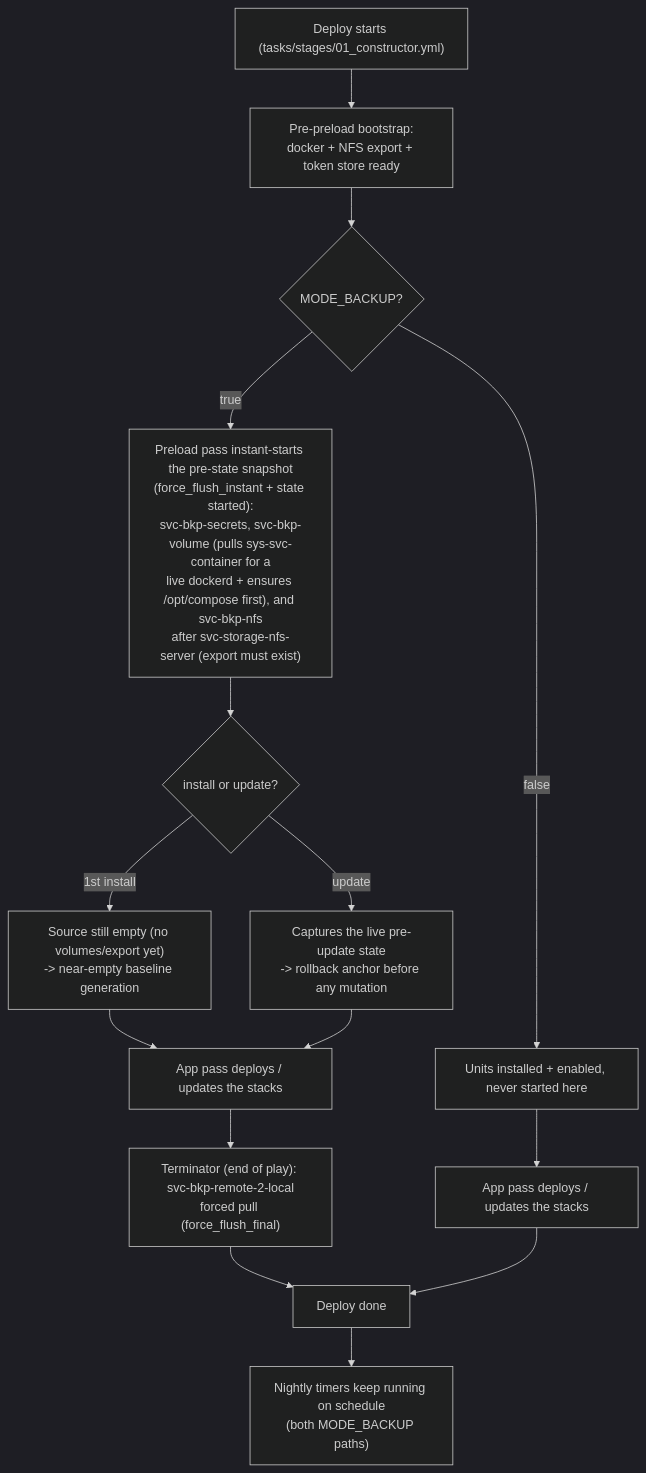
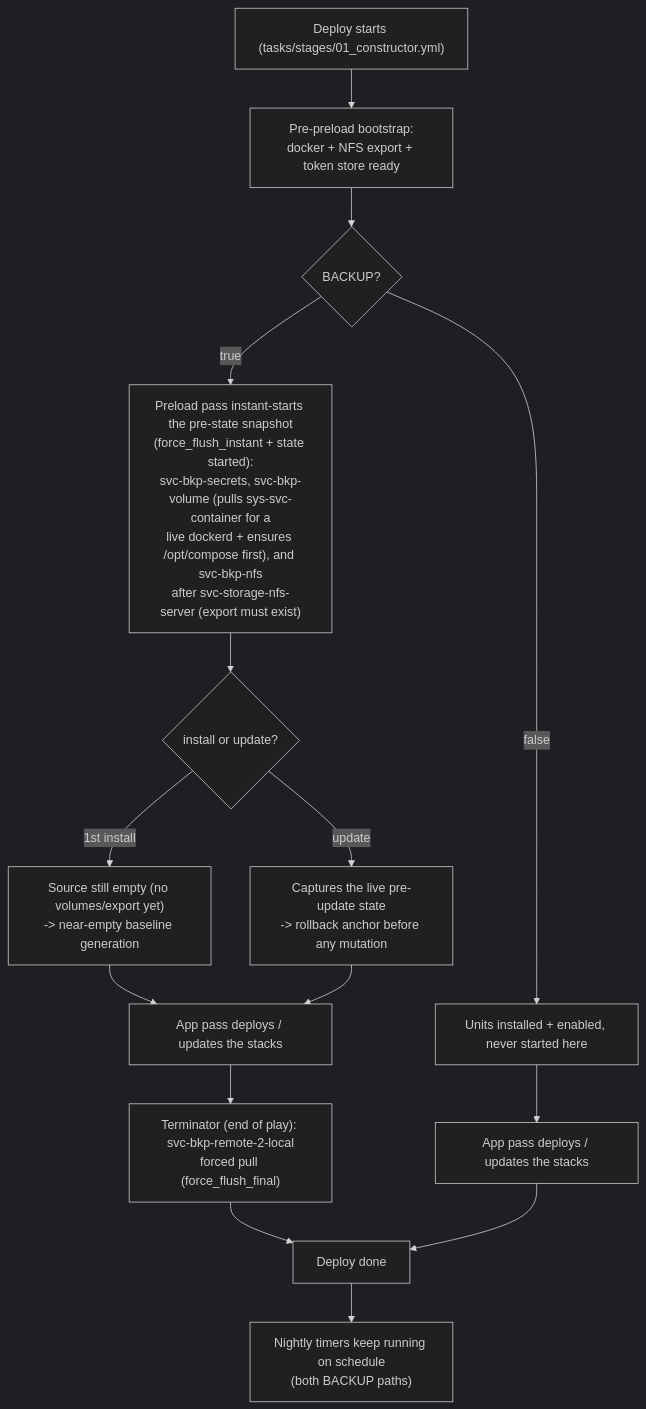
Before and after one commit to infinito-nexus/core: the second of 2 diagrams in docs/architecture/backup.md, drawn with Mermaid (dark theme). The commit also changed other lines of this file and 220 other files, not shown here.

````diff
--- a/docs/architecture/backup.md
+++ b/docs/architecture/backup.md
@@ -76,19 +76,19 @@
 ```mermaid
 flowchart TB
     start["Deploy starts (tasks/stages/01_constructor.yml)"] --> boot["Pre-preload bootstrap:<br/>docker + NFS export + token store ready"]
-    boot --> mode{"MODE_BACKUP?"}
+    boot --> mode{"BACKUP?"}
 
     mode -->|true| pre["Preload pass instant-starts the pre-state snapshot<br/>(force_flush_instant + state started):<br/>svc-bkp-secrets, svc-bkp-volume (pulls sys-svc-container for a<br/>live dockerd + ensures /opt/compose first), and svc-bkp-nfs<br/>after svc-storage-nfs-server (export must exist)"]
     pre --> kind{"install or update?"}
     kind -->|"1st install"| baseline["Source still empty (no volumes/export yet)<br/>-> near-empty baseline generation"]
     kind -->|update| anchor["Captures the live pre-update state<br/>-> rollback anchor before any mutation"]
     baseline --> apps
     anchor --> apps
     apps["App pass deploys / updates the stacks"] --> term["Terminator (end of play): svc-bkp-remote-2-local<br/>forced pull (force_flush_final)"]
     term --> done["Deploy done"]
 
     mode -->|false| install_only["Units installed + enabled, never started here"]
     install_only --> apps_nb["App pass deploys / updates the stacks"] --> done
 
-    done --> timers["Nightly timers keep running on schedule<br/>(both MODE_BACKUP paths)"]
+    done --> timers["Nightly timers keep running on schedule<br/>(both BACKUP paths)"]
 ```
````
